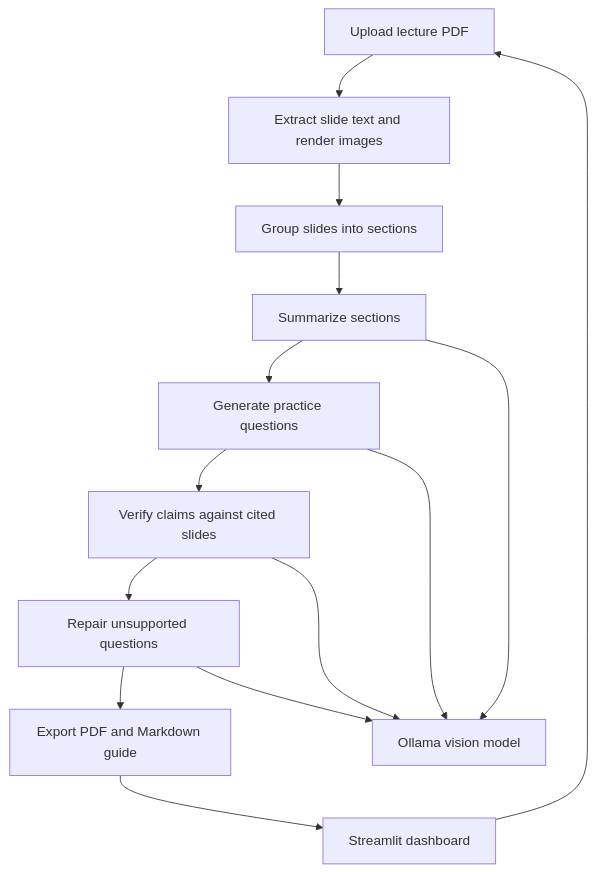
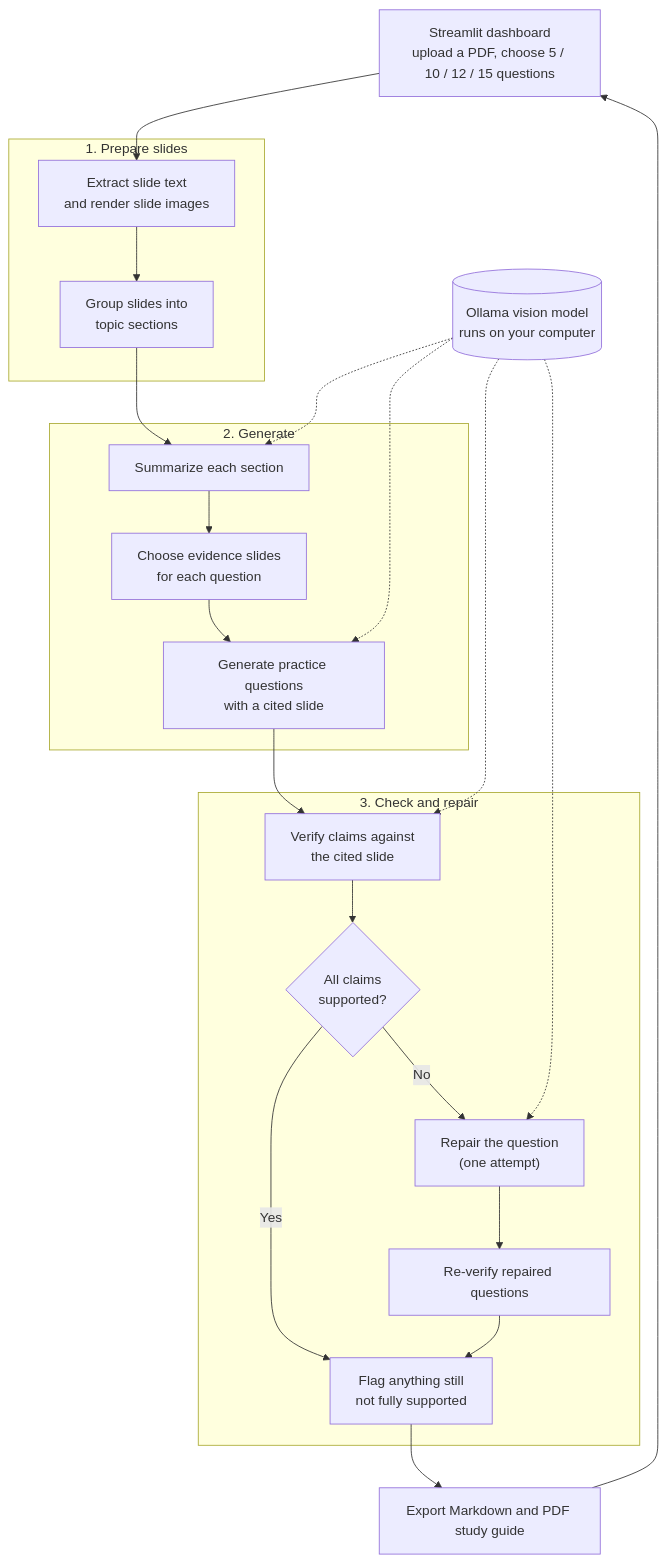
Before and after one commit to osakaer/lecture-slides-study-agent: the diagram in README.md, drawn with Mermaid.

Commit message:
Redraw README workflow diagram

````diff
--- a/README.md
+++ b/README.md
@@ -26,16 +26,35 @@
 ```mermaid
 flowchart TD
-    A[Upload lecture PDF] --> B[Extract slide text and render images]
-    B --> C[Group slides into sections]
-    C --> D[Summarize sections]
-    D --> E[Generate practice questions]
-    E --> F[Verify claims against cited slides]
-    F --> G[Repair unsupported questions]
-    G --> H[Export PDF and Markdown guide]
-    I[Streamlit dashboard] --> A
-    D --> J[Ollama vision model]
-    E --> J
-    F --> J
-    G --> J
-    H --> I
+    UI["Streamlit dashboard<br/>upload a PDF, choose 5 / 10 / 12 / 15 questions"]
+
+    subgraph PREP["1. Prepare slides"]
+        A["Extract slide text<br/>and render slide images"] --> B["Group slides into<br/>topic sections"]
+    end
+
+    subgraph GEN["2. Generate"]
+        C["Summarize each section"] --> D["Choose evidence slides<br/>for each question"]
+        D --> E["Generate practice questions<br/>with a cited slide"]
+    end
+
+    subgraph CHECK["3. Check and repair"]
+        F["Verify claims against<br/>the cited slide"] --> G{"All claims<br/>supported?"}
+        G -- "No" --> H["Repair the question<br/>(one attempt)"]
+        H --> I["Re-verify repaired questions"]
+        G -- "Yes" --> J["Flag anything still<br/>not fully supported"]
+        I --> J
+    end
+
+    K["Export Markdown and PDF study guide"]
+    M[("Ollama vision model<br/>runs on your computer")]
+
+    UI --> A
+    B --> C
+    E --> F
+    J --> K
+    K --> UI
+
+    M -.-> C
+    M -.-> E
+    M -.-> F
+    M -.-> H
 ```
````
